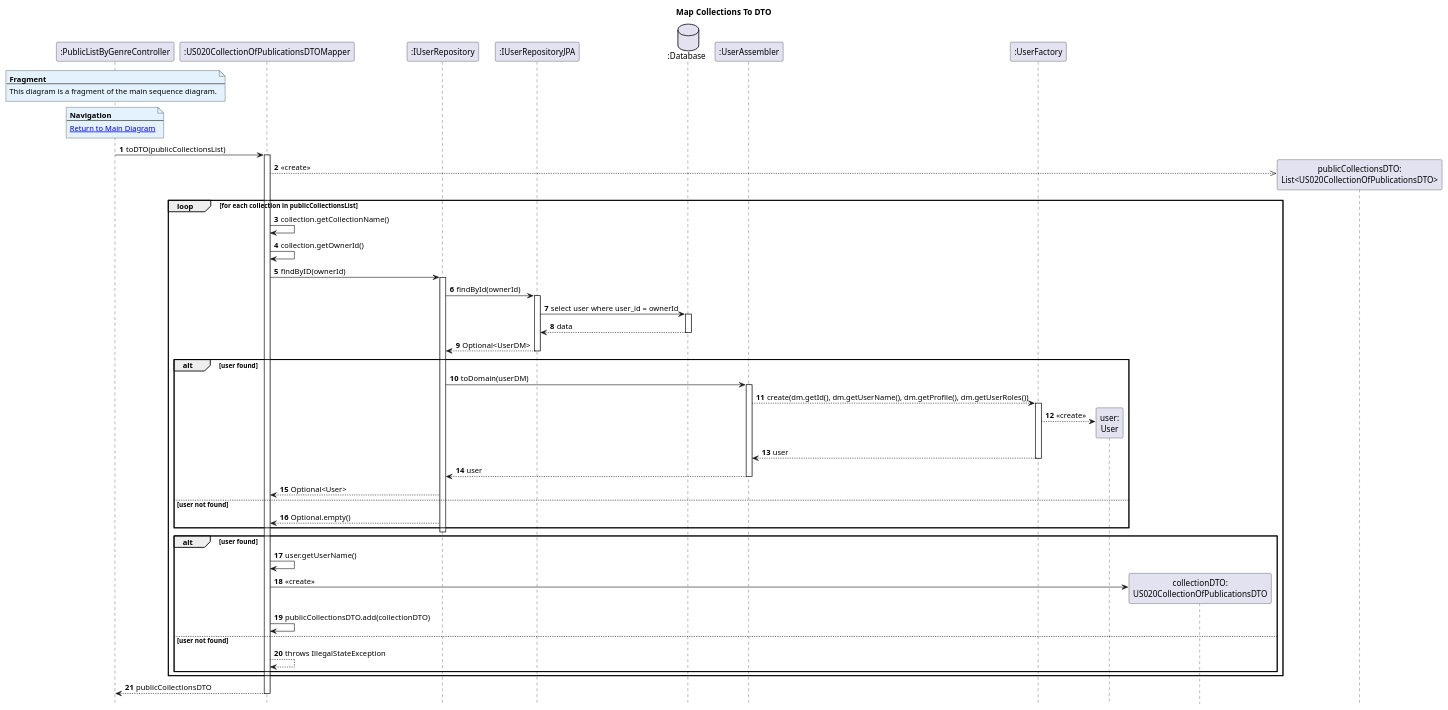
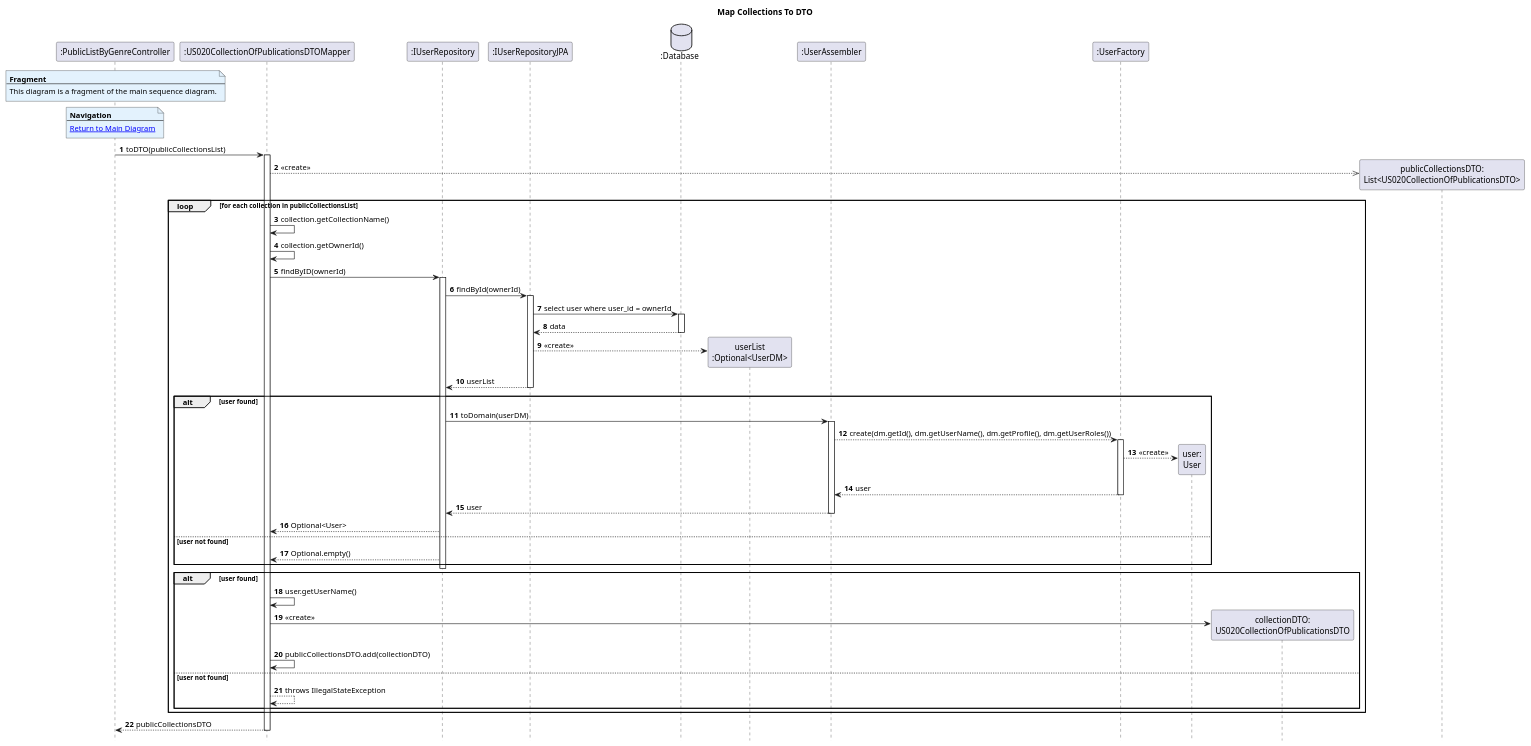
Before and after one commit to AndrePereiraGitH/SWitCH-Project-Team_A: the diagram in Diagrams/SequenceDiagrams/N2/To-get-list-of-public-lists-by-genre/4.MapCollectionsToDTO.puml, drawn with PlantUML.

Commit message:
fix: fix minor mistake in sequence diagram. #753

```diff
--- a/Diagrams/SequenceDiagrams/N2/To-get-list-of-public-lists-by-genre/4.MapCollectionsToDTO.puml
+++ b/Diagrams/SequenceDiagrams/N2/To-get-list-of-public-lists-by-genre/4.MapCollectionsToDTO.puml
@@ -1,86 +1,88 @@
 @startuml
 hide footbox
 autonumber
 
 title Map Collections To DTO
 
 participant ":PublicListByGenreController" as Ctrl
 participant ":US020CollectionOfPublicationsDTOMapper" as mapper
 participant ":IUserRepository" as userRepo
 participant ":IUserRepositoryJPA" as userRepoJpa
 database ":Database" as DB
+participant "userList\n:Optional<UserDM>" as userList
 participant ":UserAssembler" as userAssembler
 participant ":UserFactory" as userFactory
 participant "user:\nUser" as user
 participant "collectionDTO:\nUS020CollectionOfPublicationsDTO" as collectionDTO
 participant "publicCollectionsDTO:\nList<US020CollectionOfPublicationsDTO>" as publicCollectionsDTO
 
 note over Ctrl #E3F2FD
 <b>Fragment</b>
 ---
 This diagram is a fragment of the main sequence diagram.
 end note
 
 note over Ctrl #E3F2FD
 <b>Navigation</b>
 ---
 [[1.MainDiagram.puml Return to Main Diagram]]
 end note
 
 Ctrl -> mapper : toDTO(publicCollectionsList)
 
 activate mapper
 
 mapper -->> publicCollectionsDTO ** : <<create>>
 
 loop for each collection in publicCollectionsList
 
     mapper -> mapper : collection.getCollectionName()
     mapper -> mapper : collection.getOwnerId()
 
     mapper -> userRepo : findByID(ownerId)
     activate userRepo
 
     userRepo -> userRepoJpa : findById(ownerId)
     activate userRepoJpa
 
     userRepoJpa -> DB : select user where user_id = ownerId
     activate DB
     DB --> userRepoJpa : data
     deactivate DB
+    userRepoJpa --> userList ** : <<create>>
 
-    userRepoJpa --> userRepo : Optional<UserDM>
+    userRepoJpa --> userRepo : userList
     deactivate userRepoJpa
 
     alt user found
         userRepo -> userAssembler : toDomain(userDM)
         activate userAssembler
         userAssembler --> userFactory : create(dm.getId(), dm.getUserName(), dm.getProfile(), dm.getUserRoles())
         activate userFactory
         userFactory --> user ** : <<create>>
         userFactory --> userAssembler : user
         deactivate userFactory
         userAssembler --> userRepo : user
         deactivate userAssembler
 
         userRepo --> mapper : Optional<User>
     else user not found
         userRepo --> mapper : Optional.empty()
     end
 
     deactivate userRepo
 
     alt user found
         mapper -> mapper : user.getUserName()
         mapper -> collectionDTO ** : <<create>>
         mapper -> mapper : publicCollectionsDTO.add(collectionDTO)
     else user not found
         mapper --> mapper : throws IllegalStateException
     end
 end
 
 mapper --> Ctrl : publicCollectionsDTO
 
 deactivate mapper
 
 @enduml
```
